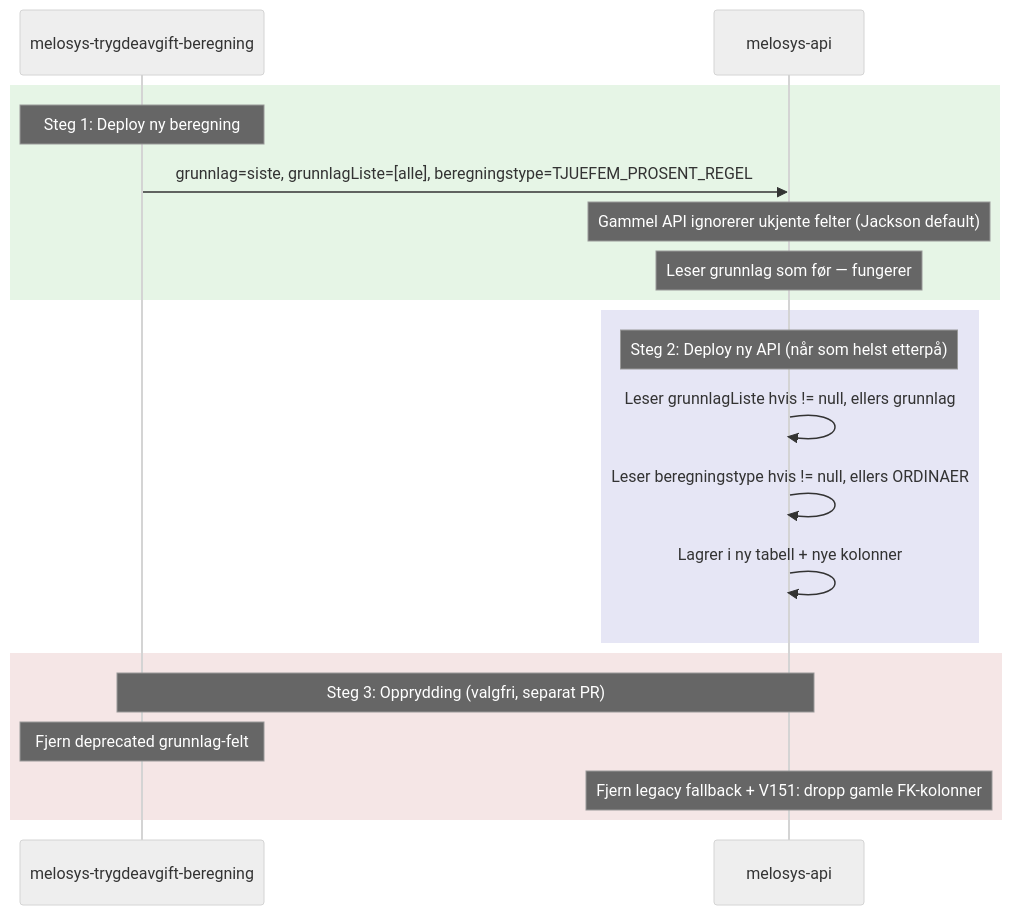
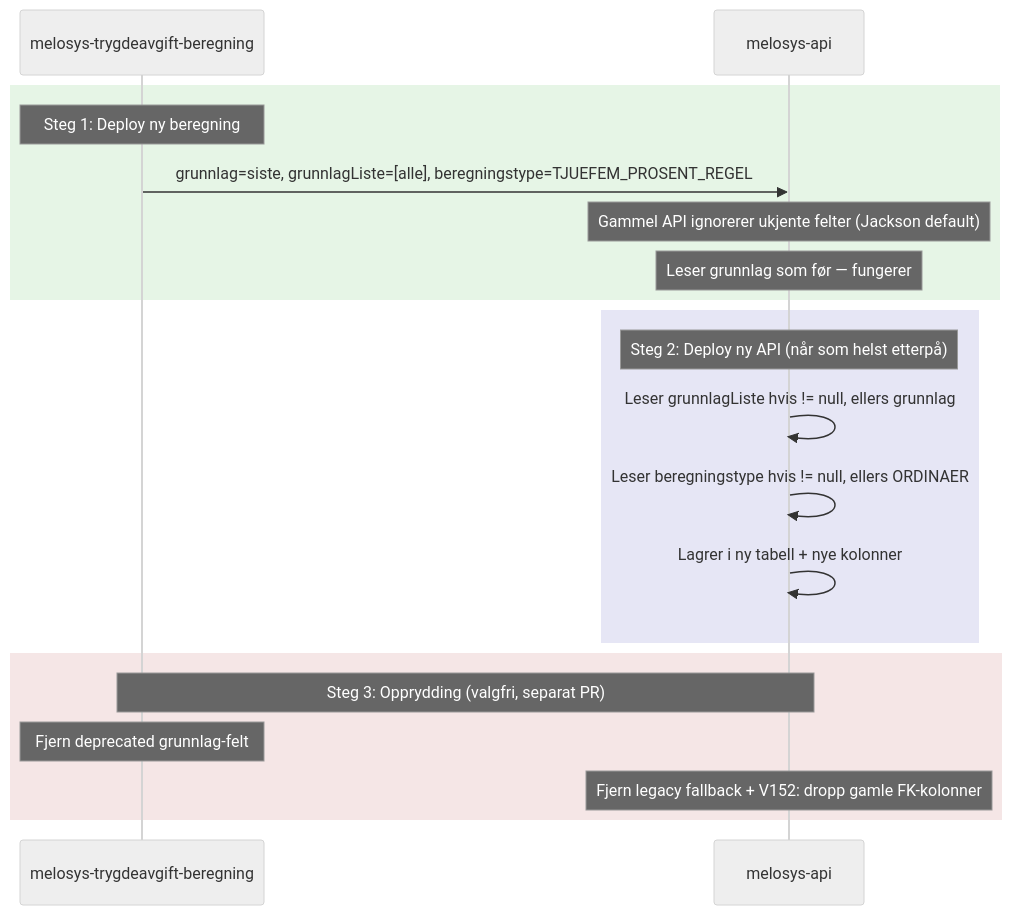
Before and after one commit to navikt/melosys-api: the third of 6 diagrams in docs/MELOSYS-7588-implementeringsplan.md, drawn with Mermaid (neutral theme). The commit also changed other lines of this file, not shown here.

````diff
--- a/docs/MELOSYS-7588-implementeringsplan.md
+++ b/docs/MELOSYS-7588-implementeringsplan.md
@@ -137,25 +137,25 @@
 ```mermaid
 sequenceDiagram
     participant BEREGN as melosys-trygdeavgift-beregning
     participant API as melosys-api
 
     rect rgb(230, 245, 230)
     Note over BEREGN: Steg 1: Deploy ny beregning
     BEREGN->>API: grunnlag=siste, grunnlagListe=[alle], beregningstype=TJUEFEM_PROSENT_REGEL
     Note over API: Gammel API ignorerer ukjente felter (Jackson default)
     Note over API: Leser grunnlag som før — fungerer
     end
 
     rect rgb(230, 230, 245)
     Note over API: Steg 2: Deploy ny API (når som helst etterpå)
     API->>API: Leser grunnlagListe hvis != null, ellers grunnlag
     API->>API: Leser beregningstype hvis != null, ellers ORDINAER
     API->>API: Lagrer i ny tabell + nye kolonner
     end
 
     rect rgb(245, 230, 230)
     Note over BEREGN,API: Steg 3: Opprydding (valgfri, separat PR)
     Note over BEREGN: Fjern deprecated grunnlag-felt
-    Note over API: Fjern legacy fallback + V151: dropp gamle FK-kolonner
+    Note over API: Fjern legacy fallback + V152: dropp gamle FK-kolonner
     end
 ```
````
